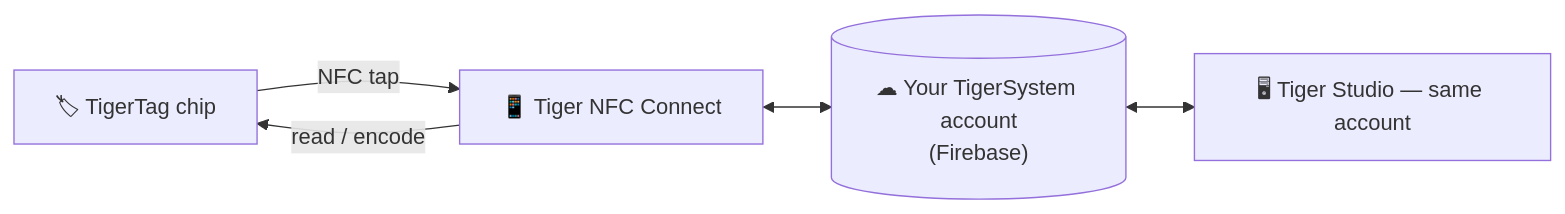
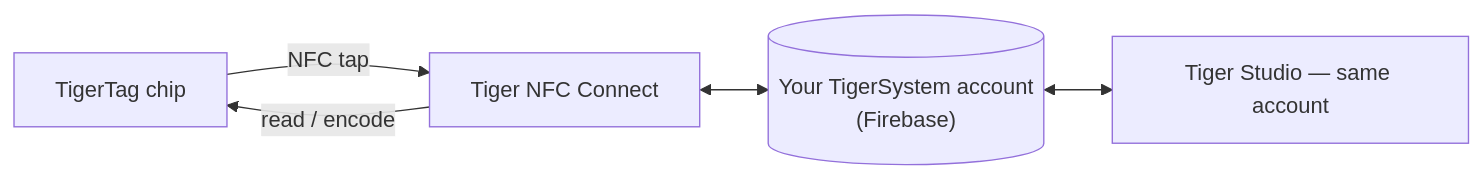
One commit to TigerTag-Project/TigerSystem-Docs changed the diagram in docs/products/tigertag-connect.md. Above: the diagram before and after it, drawn with Mermaid. The commit also changed other lines of this file and 56 other files, not shown here.

````diff
--- a/docs/products/tigertag-connect.md
+++ b/docs/products/tigertag-connect.md
@@ -13,7 +13,7 @@
 ```mermaid
 flowchart LR
-    TAG["🏷 TigerTag chip"] -- "NFC tap" --> CO["📱 Tiger NFC Connect"]
-    CO -- "read / encode" --> TAG
-    CO <--> CLOUD[("☁ Your TigerSystem account<br/>(Firebase)")]
-    CLOUD <--> ST["🖥 Tiger Studio — same account"]
+  TAG["TigerTag chip"] -- "NFC tap" --> CO["Tiger NFC Connect"]
+  CO -- "read / encode" --> TAG
+  CO <--> CLOUD[("Your TigerSystem account<br/>(Firebase)")]
+  CLOUD <--> ST["Tiger Studio — same account"]
 ```
````
